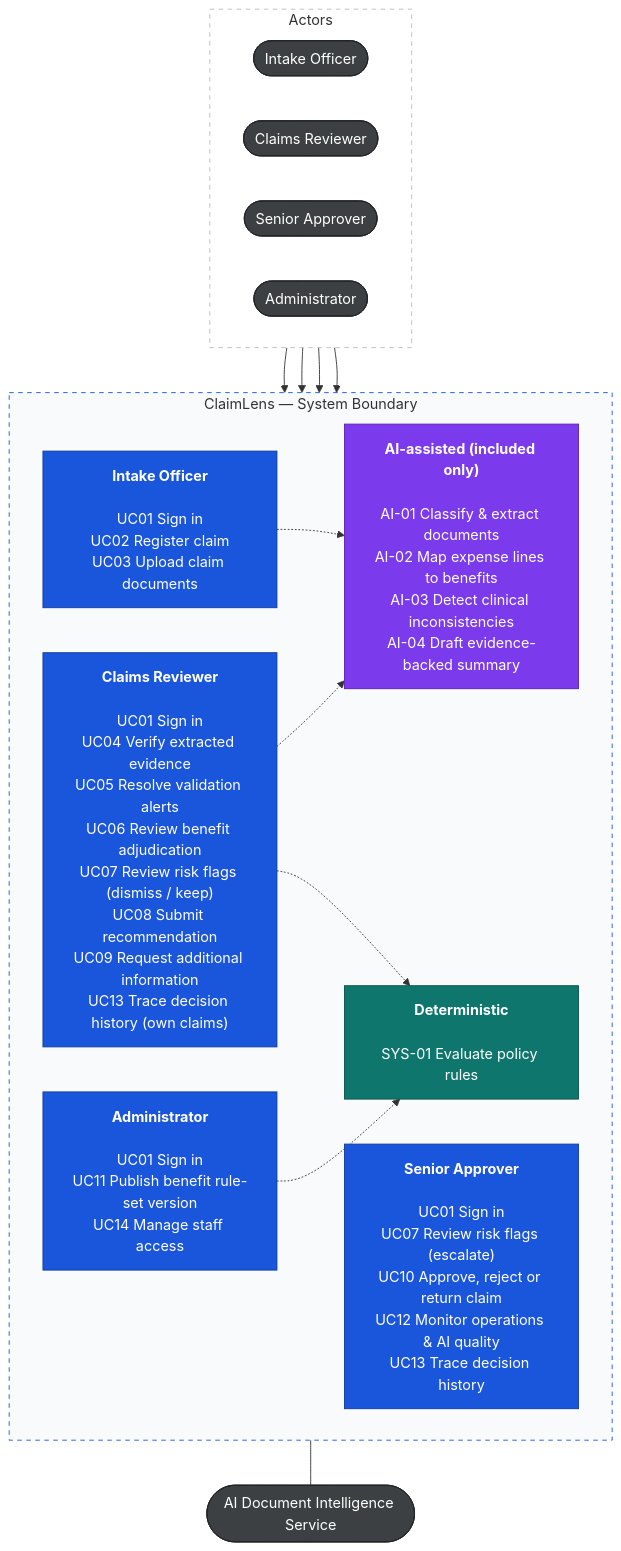
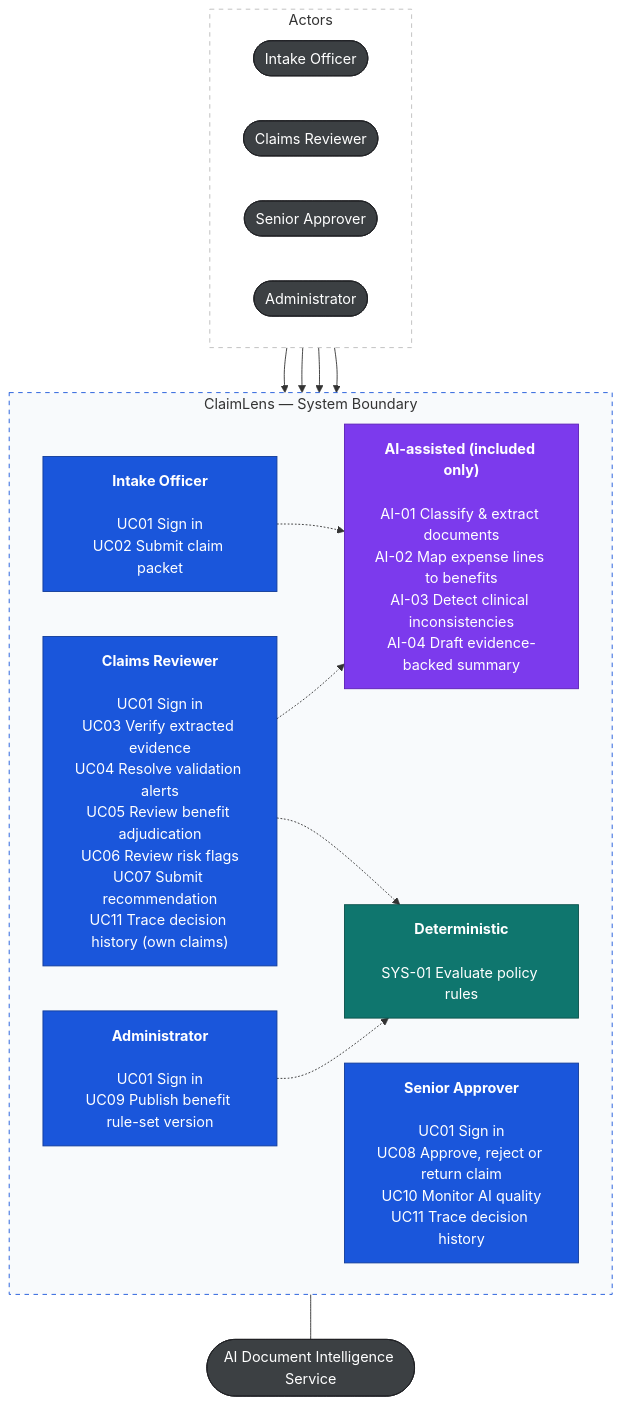
Before and after one commit to cuonglpv/PMDC-AITHUCCHIEN: the first of 2 diagrams in README.md, drawn with Mermaid. The commit also changed other lines of this file and 25 other files, not shown here.

````diff
--- a/README.md
+++ b/README.md
@@ -67,41 +67,41 @@
 ```mermaid
 flowchart TB
     subgraph roles["Actors"]
         direction LR
         intake(["Intake Officer"])
         reviewer(["Claims Reviewer"])
         approver(["Senior Approver"])
         admin(["Administrator"])
     end
 
     subgraph system["ClaimLens — System Boundary"]
         direction LR
-        intakeCases["<b>Intake Officer</b><br/><br/>UC01 Sign in<br/>UC02 Register claim<br/>UC03 Upload claim documents"]
-        reviewerCases["<b>Claims Reviewer</b><br/><br/>UC01 Sign in<br/>UC04 Verify extracted evidence<br/>UC05 Resolve validation alerts<br/>UC06 Review benefit adjudication<br/>UC07 Review risk flags (dismiss / keep)<br/>UC08 Submit recommendation<br/>UC09 Request additional information<br/>UC13 Trace decision history (own claims)"]
-        approverCases["<b>Senior Approver</b><br/><br/>UC01 Sign in<br/>UC07 Review risk flags (escalate)<br/>UC10 Approve, reject or return claim<br/>UC12 Monitor operations & AI quality<br/>UC13 Trace decision history"]
-        governCases["<b>Administrator</b><br/><br/>UC01 Sign in<br/>UC11 Publish benefit rule-set version<br/>UC14 Manage staff access"]
+        intakeCases["<b>Intake Officer</b><br/><br/>UC01 Sign in<br/>UC02 Submit claim packet"]
+        reviewerCases["<b>Claims Reviewer</b><br/><br/>UC01 Sign in<br/>UC03 Verify extracted evidence<br/>UC04 Resolve validation alerts<br/>UC05 Review benefit adjudication<br/>UC06 Review risk flags<br/>UC07 Submit recommendation<br/>UC11 Trace decision history (own claims)"]
+        approverCases["<b>Senior Approver</b><br/><br/>UC01 Sign in<br/>UC08 Approve, reject or return claim<br/>UC10 Monitor AI quality<br/>UC11 Trace decision history"]
+        governCases["<b>Administrator</b><br/><br/>UC01 Sign in<br/>UC09 Publish benefit rule-set version"]
         aiCases["<b>AI-assisted (included only)</b><br/><br/>AI-01 Classify & extract documents<br/>AI-02 Map expense lines to benefits<br/>AI-03 Detect clinical inconsistencies<br/>AI-04 Draft evidence-backed summary"]
         sysCases["<b>Deterministic</b><br/><br/>SYS-01 Evaluate policy rules"]
     end
 
     aisvc(["AI Document Intelligence Service"])
 
     intake --> intakeCases
     reviewer --> reviewerCases
     approver --> approverCases
     admin --> governCases
     intakeCases & reviewerCases -.-> aiCases
     reviewerCases & governCases -.-> sysCases
     aiCases --- aisvc
 
     classDef actor fill:#3c4043,color:#fff,stroke:#202124
     classDef primary fill:#1a56db,color:#fff,stroke:#123c99
     classDef ai fill:#7c3aed,color:#fff,stroke:#5b21b6
     classDef sys fill:#0f766e,color:#fff,stroke:#0b524c
     class intake,reviewer,approver,admin,aisvc actor
     class intakeCases,reviewerCases,approverCases,governCases primary
     class aiCases ai
     class sysCases sys
     style roles fill:#fff,stroke:#bbb,stroke-dasharray:5 5
     style system fill:#f8fafc,stroke:#1a56db,stroke-dasharray:5 5
 ```
````
